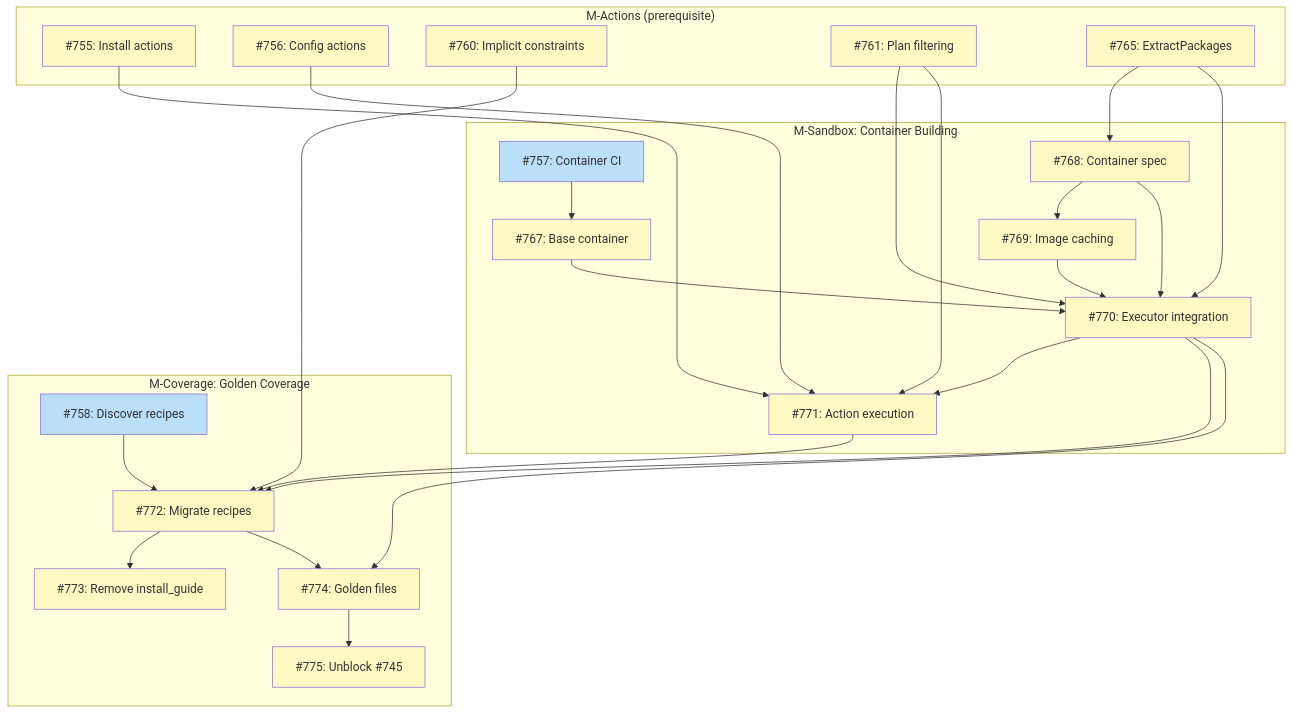
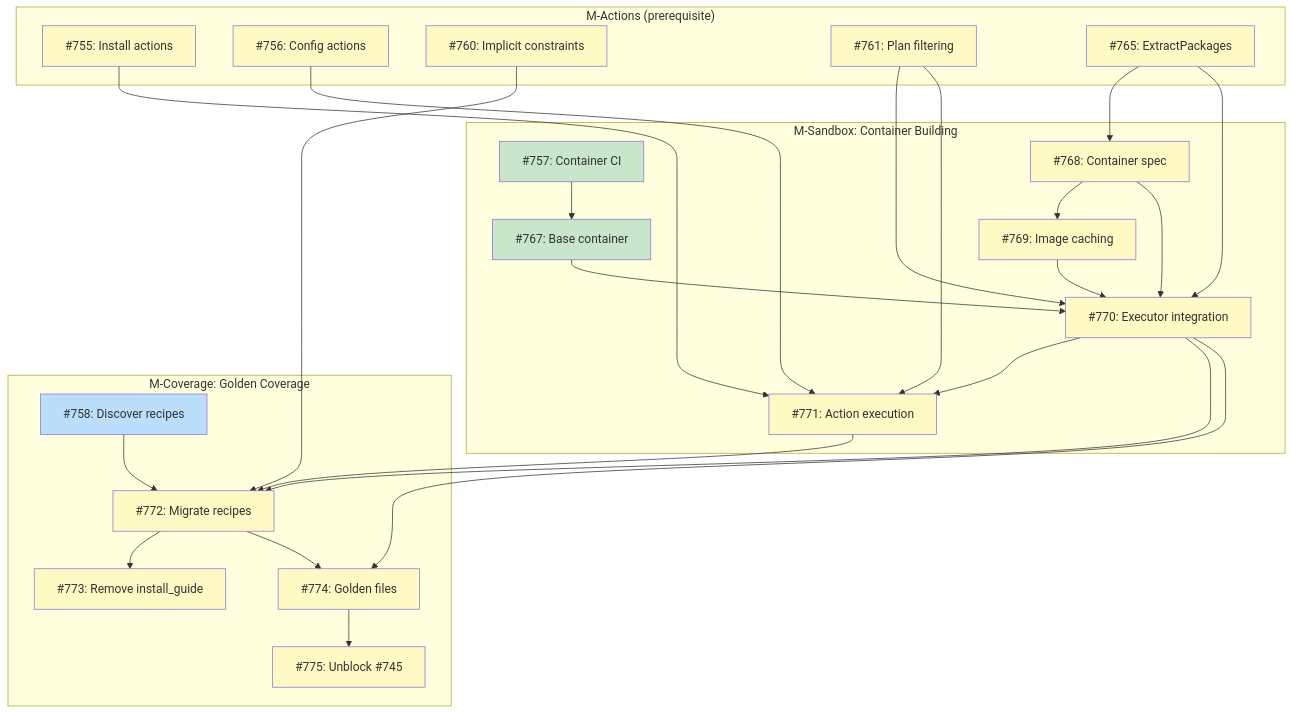
One commit to tsukumogami/tsuku changed the diagram in docs/DESIGN-structured-install-guide.md. Above: the diagram before and after it, drawn with Mermaid. The commit also changed 2 other files, not shown here.

Commit message:
ci(sandbox): add container build workflow and minimal Dockerfile (#778)
Add GitHub Actions workflow to build and publish multi-arch container
images to GHCR, plus the minimal base container Dockerfile.

````diff
--- a/docs/DESIGN-structured-install-guide.md
+++ b/docs/DESIGN-structured-install-guide.md
@@ -32,57 +32,58 @@
 ```mermaid
 graph TD
     subgraph Actions["M-Actions (prerequisite)"]
         I755["#755: Install actions"]
         I756["#756: Config actions"]
         I760["#760: Implicit constraints"]
         I761["#761: Plan filtering"]
         I765["#765: ExtractPackages"]
     end
 
     subgraph Sandbox["M-Sandbox: Container Building"]
         I757["#757: Container CI"]
         I767["#767: Base container"]
         I768["#768: Container spec"]
         I769["#769: Image caching"]
         I770["#770: Executor integration"]
         I771["#771: Action execution"]
     end
 
     subgraph Coverage["M-Coverage: Golden Coverage"]
         I758["#758: Discover recipes"]
         I772["#772: Migrate recipes"]
         I773["#773: Remove install_guide"]
         I774["#774: Golden files"]
         I775["#775: Unblock #745"]
     end
 
     I757 --> I767
     I765 --> I768
     I768 --> I769
     I761 --> I770
     I767 --> I770
     I768 --> I770
     I769 --> I770
     I765 --> I770
     I755 --> I771
     I756 --> I771
     I770 --> I771
     I761 --> I771
     I758 --> I772
     I770 --> I772
     I771 --> I772
     I760 --> I772
     I772 --> I773
     I772 --> I774
     I770 --> I774
     I774 --> I775
 
     classDef done fill:#c8e6c9
     classDef ready fill:#bbdefb
     classDef blocked fill:#fff9c4
     classDef needsDesign fill:#e1bee7
 
-    class I757,I758 ready
+    class I757,I767 done
+    class I758 ready
     class I755,I756,I760,I761,I765 blocked
-    class I767,I768,I769,I770,I771,I772,I773,I774,I775 blocked
+    class I768,I769,I770,I771,I772,I773,I774,I775 blocked
 ```
````
